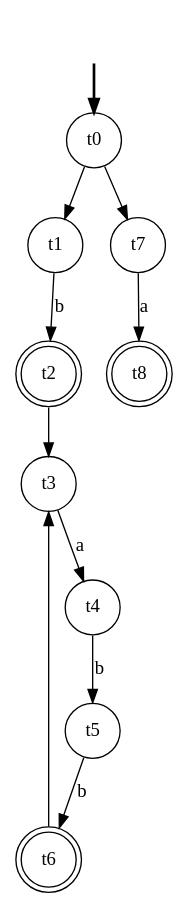
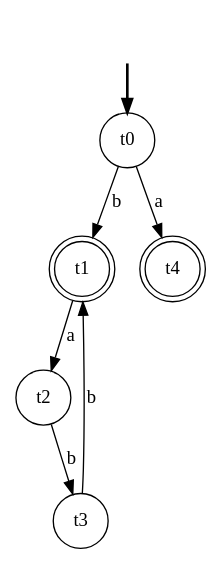
Before and after one commit to Raytr0/se3310assign2: the diagram in a2_q1.dot, drawn with Graphviz. The commit also changed 3 other files, not shown here.

```diff
--- a/a2_q1.dot
+++ b/a2_q1.dot
@@ -1,21 +1,16 @@
 digraph NFA {
     fake [style = invisible]
     t0 [root = true, shape = circle]
     fake -> t0 [style = bold]
-    t2 [shape=doublecircle]
-    t6 [shape=doublecircle]
-    t8 [shape=doublecircle]
+    t1 [shape=doublecircle]
+    t4 [shape=doublecircle]
     node [shape = circle];
-    t0 -> t1;
-    t1 -> t2 [label = "b"];
-    t2 -> t3;
-    t3 -> t4 [label = "a"];
-    t4 -> t5 [label = "b"];
-    t5 -> t6 [label = "b"];
-    t6 -> t3; 
-    
-    t0 -> t7;
-    t7 -> t8 [label = "a"];
+    t0 -> t1 [label = "b"];
+    t1 -> t2 [label = "a"];
+    t2 -> t3 [label = "b"];
+    t3 -> t1 [label = "b"];
+
+    t0 -> t4 [label = "a"];
 
 
 }
```
